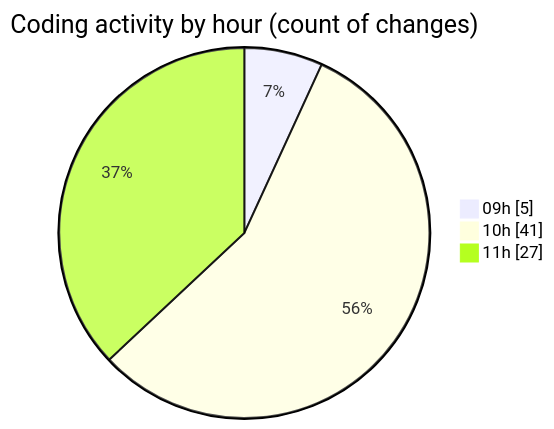
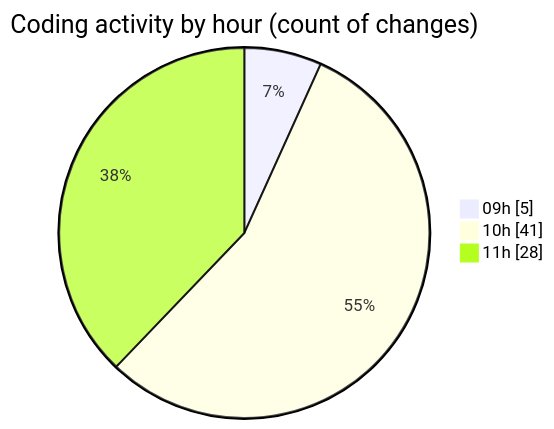
Before and after one commit to momahboobian/code-tracking: the second of 2 diagrams in 2026-04-27/cda/README.md, drawn with Mermaid. The commit also changed other lines of this file and 1 other file, not shown here.

````diff
--- a/2026-04-27/cda/README.md
+++ b/2026-04-27/cda/README.md
@@ -45,7 +45,7 @@
 ```mermaid
 pie showData
 title Coding activity by hour (count of changes)
 "09h" : 5
 "10h" : 41
-"11h" : 27
+"11h" : 28
 ```
````
